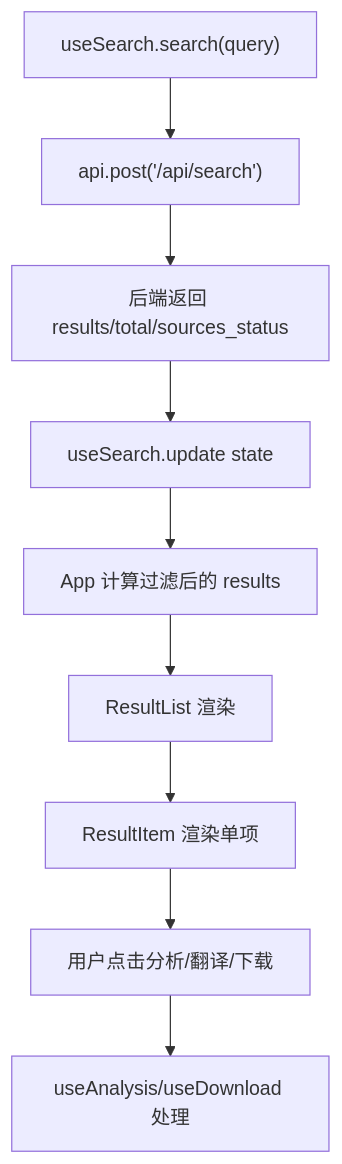
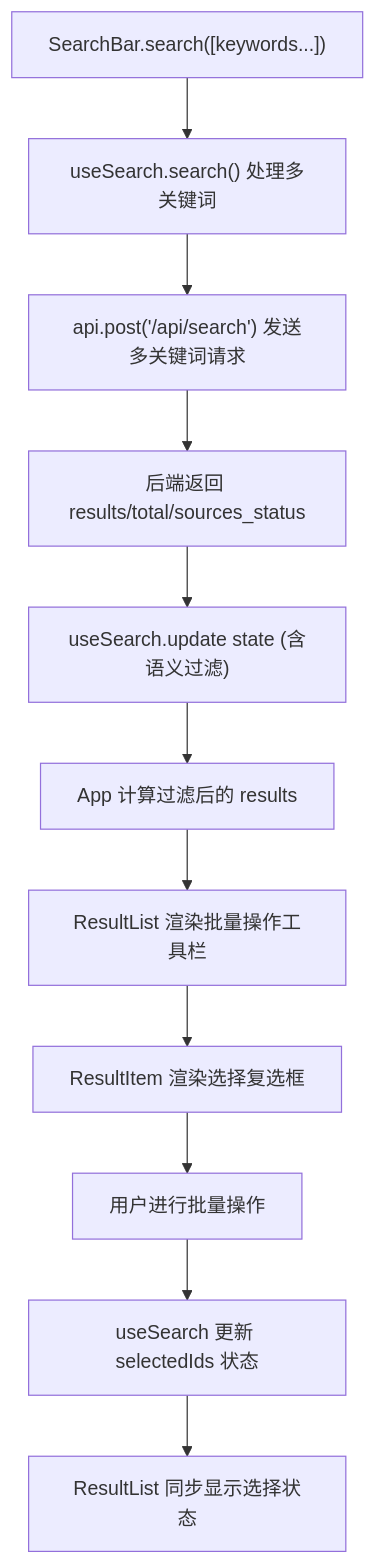
The third of 4 diagrams in .qoder/repowiki/zh/content/前端开发指南/组件架构设计/搜索相关组件.md (wangdy21/search_is_all_you_need), drawn with Mermaid before and after one commit. The commit also changed other lines of this file and 11 other files, not shown here.

````diff
--- a/.qoder/repowiki/zh/content/前端开发指南/组件架构设计/搜索相关组件.md
+++ b/.qoder/repowiki/zh/content/前端开发指南/组件架构设计/搜索相关组件.md
@@ -215,11 +292,13 @@
 ```mermaid
 flowchart TD
-A["useSearch.search(query)"] --> B["api.post('/api/search')"]
-B --> C["后端返回 results/total/sources_status"]
-C --> D["useSearch.update state"]
-D --> E["App 计算过滤后的 results"]
-E --> F["ResultList 渲染"]
-F --> G["ResultItem 渲染单项"]
-G --> H["用户点击分析/翻译/下载"]
-H --> I["useAnalysis/useDownload 处理"]
+A["SearchBar.search([keywords...])"] --> B["useSearch.search() 处理多关键词"]
+B --> C["api.post('/api/search') 发送多关键词请求"]
+C --> D["后端返回 results/total/sources_status"]
+D --> E["useSearch.update state (含语义过滤)"]
+E --> F["App 计算过滤后的 results"]
+F --> G["ResultList 渲染批量操作工具栏"]
+G --> H["ResultItem 渲染选择复选框"]
+H --> I["用户进行批量操作"]
+I --> J["useSearch 更新 selectedIds 状态"]
+J --> K["ResultList 同步显示选择状态"]
 ```
````
